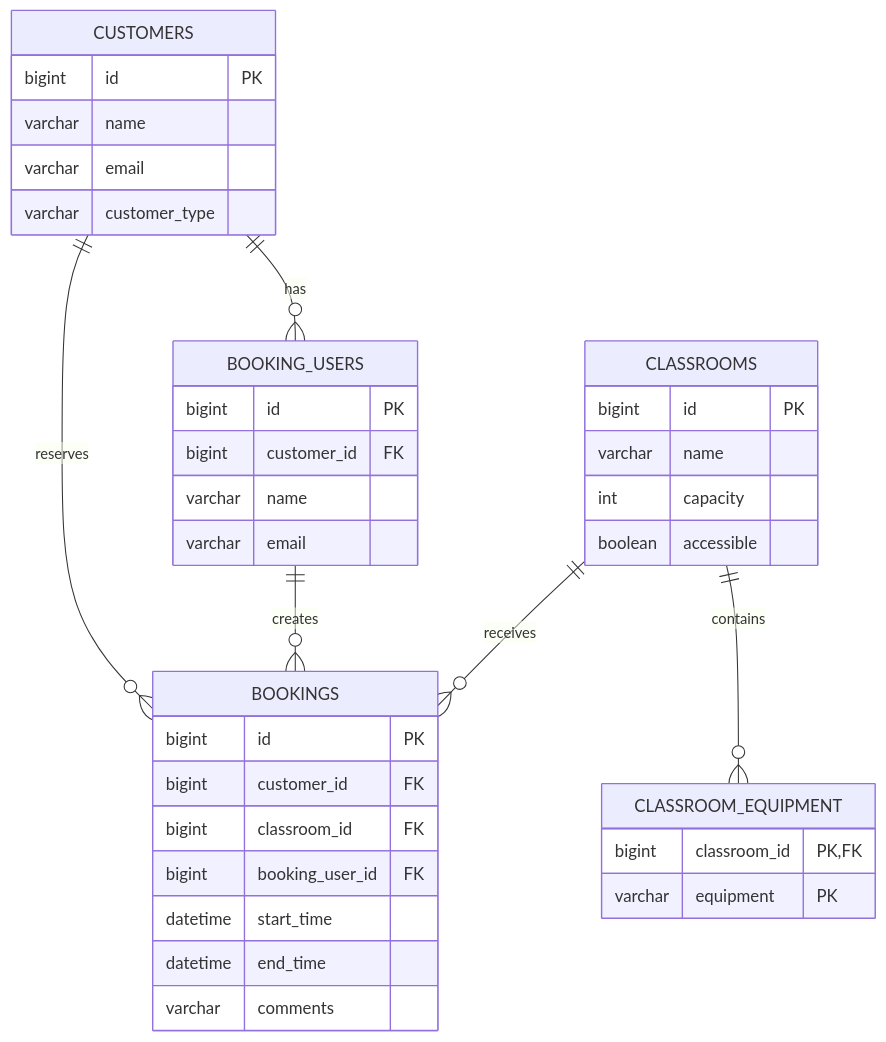
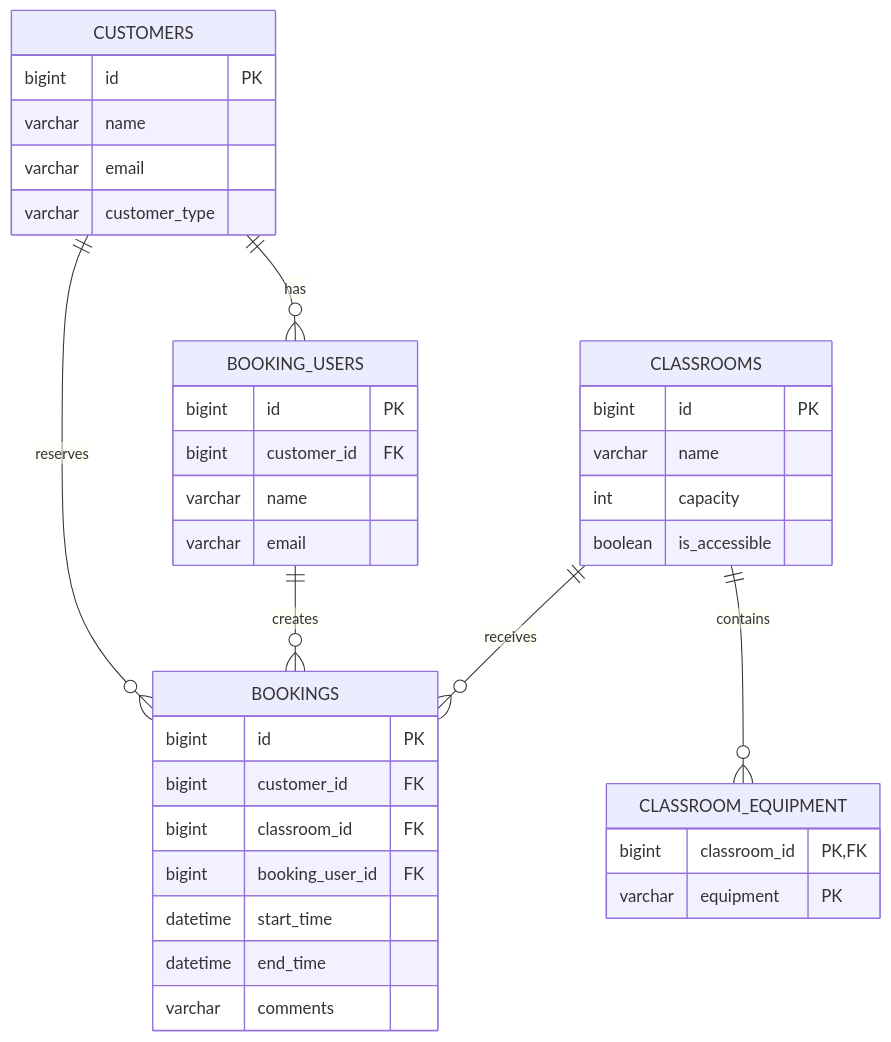
The third of 3 diagrams in docs/DESIGN.md (jackaldzn-blip/classroom-rental-app), drawn with Mermaid before and after one commit. The commit also changed other lines of this file, not shown here.

Commit message:
docs: align ER diagram with corrected SQL column

````diff
--- a/docs/DESIGN.md
+++ b/docs/DESIGN.md
@@ -93,39 +93,39 @@
 ```mermaid
 erDiagram
     CUSTOMERS ||--o{ BOOKING_USERS : has
     CUSTOMERS ||--o{ BOOKINGS : reserves
     BOOKING_USERS ||--o{ BOOKINGS : creates
     CLASSROOMS ||--o{ BOOKINGS : receives
     CLASSROOMS ||--o{ CLASSROOM_EQUIPMENT : contains
     CUSTOMERS {
         bigint id PK
         varchar name
         varchar email
         varchar customer_type
     }
     BOOKING_USERS {
         bigint id PK
         bigint customer_id FK
         varchar name
         varchar email
     }
     CLASSROOMS {
         bigint id PK
         varchar name
         int capacity
-        boolean accessible
+        boolean is_accessible
     }
     CLASSROOM_EQUIPMENT {
         bigint classroom_id PK,FK
         varchar equipment PK
     }
     BOOKINGS {
         bigint id PK
         bigint customer_id FK
         bigint classroom_id FK
         bigint booking_user_id FK
         datetime start_time
         datetime end_time
         varchar comments
     }
 ```
````
